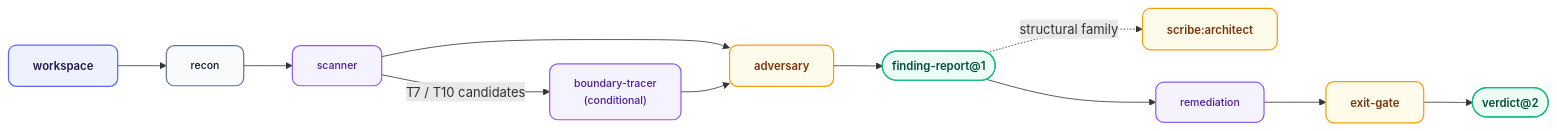
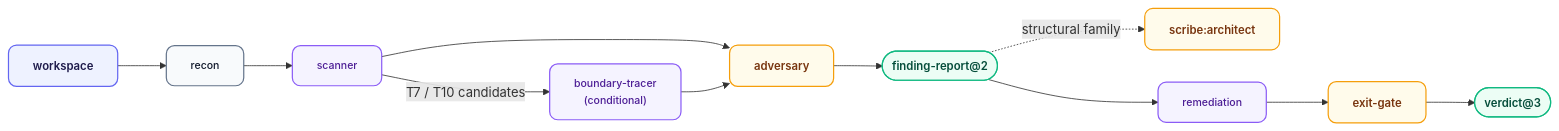
One commit to orin-dx/agent-plugins changed the diagram in plugins/ranger/README.md. Above: the diagram before and after it, drawn with Mermaid. The commit also changed other lines of this file and 168 other files, not shown here.

````diff
--- a/plugins/ranger/README.md
+++ b/plugins/ranger/README.md
@@ -67,32 +67,32 @@
 ```mermaid
 %%{init: {'flowchart': {'curve': 'basis', 'nodeSpacing': 40, 'rankSpacing': 60}}}%%
 flowchart LR
     classDef source fill:#eef2ff,stroke:#6366f1,stroke-width:1.5px,color:#1e1b4b,rx:10,ry:10,font-size:14px,font-weight:600;
     classDef store fill:#f8fafc,stroke:#64748b,stroke-width:1.5px,color:#0f172a,rx:10,ry:10,font-size:13px,font-weight:500;
     classDef engine fill:#f5f3ff,stroke:#8b5cf6,stroke-width:1.5px,color:#4c1d95,rx:10,ry:10,font-size:13px,font-weight:500;
     classDef router fill:#fffbeb,stroke:#f59e0b,stroke-width:1.5px,color:#78350f,rx:10,ry:10,font-size:14px,font-weight:600;
     classDef output fill:#ecfdf5,stroke:#10b981,stroke-width:1.5px,color:#064e3b,rx:10,ry:10,font-size:14px,font-weight:600;
 
     ws[workspace] --> recon[recon]
     recon --> scanner[scanner]
     scanner -->|T7 / T10 candidates| bt["boundary-tracer
     (conditional)"]
     scanner --> adv[adversary]
     bt --> adv
-    adv --> out(["finding-report@1"])
+    adv --> out(["finding-report@2"])
     out -. structural family .-> arch[scribe:architect]
     out --> fix[remediation]
     fix --> gate[exit-gate]
-    gate --> verdict(["verdict@2"])
+    gate --> verdict(["verdict@3"])
 
     class ws source
     class recon store
     class scanner engine
     class bt engine
     class adv router
     class arch router
     class fix engine
     class gate router
     class out output
     class verdict output
 ```
````
